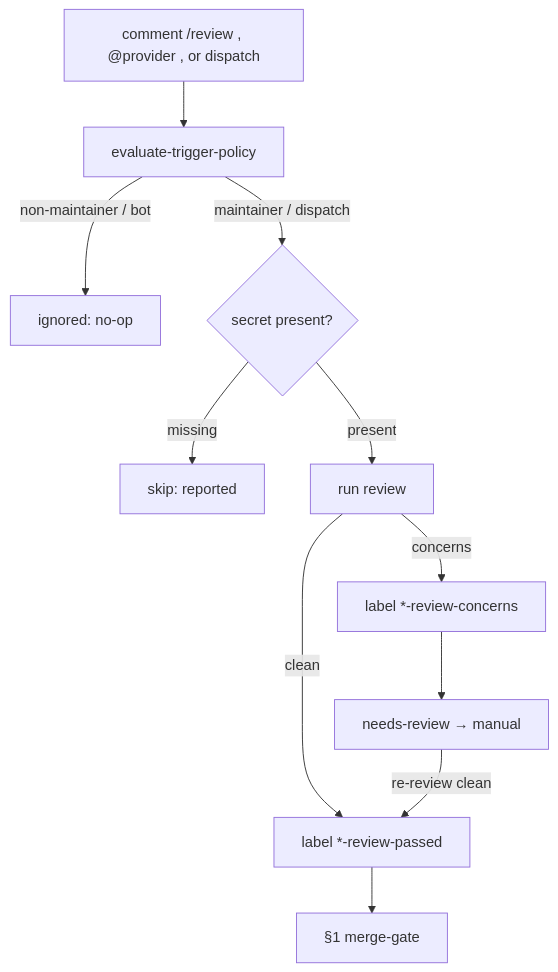
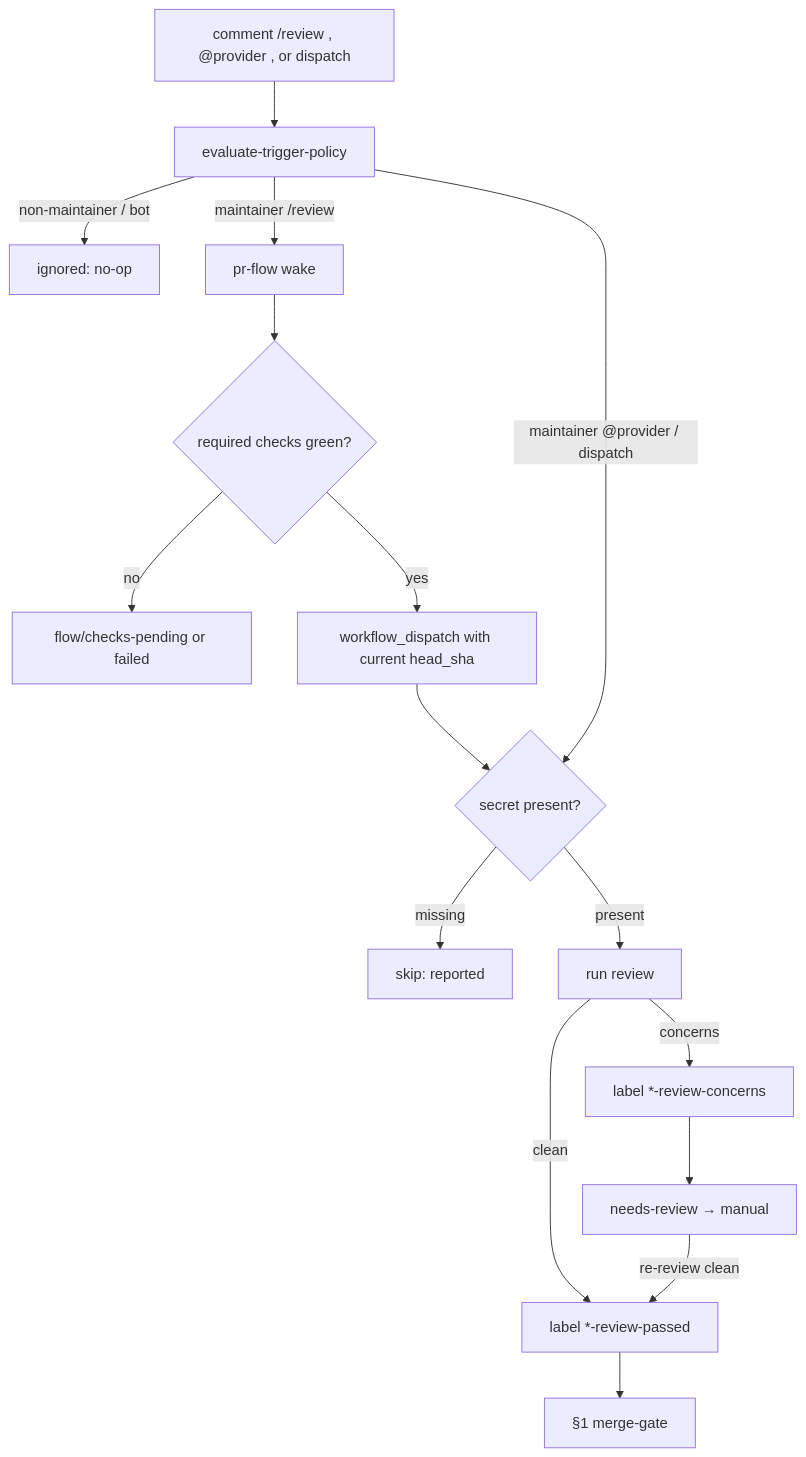
Before and after one commit to kostua16/amnezia-control-panel: the third of 8 diagrams in docs/workflow-e2e-scenarios.md, drawn with Mermaid. The commit also changed other lines of this file and 15 other files, not shown here.

First line of the commit message:
fix: route manual review through pr flow (#504)

````diff
--- a/docs/workflow-e2e-scenarios.md
+++ b/docs/workflow-e2e-scenarios.md
@@ -110,13 +110,18 @@
 ```mermaid
 flowchart TD
   C[comment /review , @provider , or dispatch] --> G[evaluate-trigger-policy]
   G -->|non-maintainer / bot| IG[ignored: no-op]
-  G -->|maintainer / dispatch| SE{secret present?}
+  G -->|maintainer /review| PF[pr-flow wake]
+  PF --> CHK{required checks green?}
+  CHK -->|no| WAIT[flow/checks-pending or failed]
+  CHK -->|yes| WD[workflow_dispatch with current head_sha]
+  G -->|maintainer @provider / dispatch| SE{secret present?}
+  WD --> SE
   SE -->|missing| SK[skip: reported]
   SE -->|present| RV[run review]
   RV -->|clean| LP[label *-review-passed]
   RV -->|concerns| LC[label *-review-concerns]
   LP --> S1[§1 merge-gate]
   LC --> NR[needs-review → manual]
   NR -->|re-review clean| LP
 ```
````
